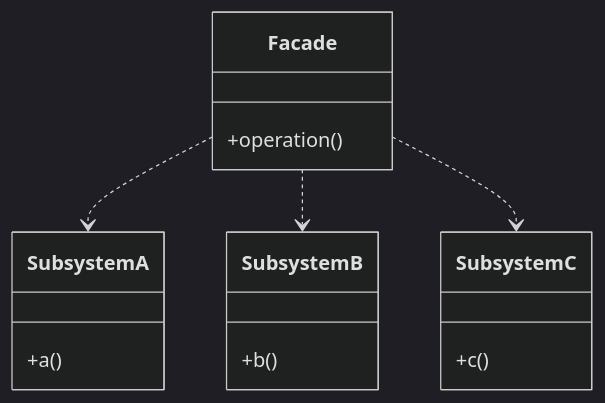
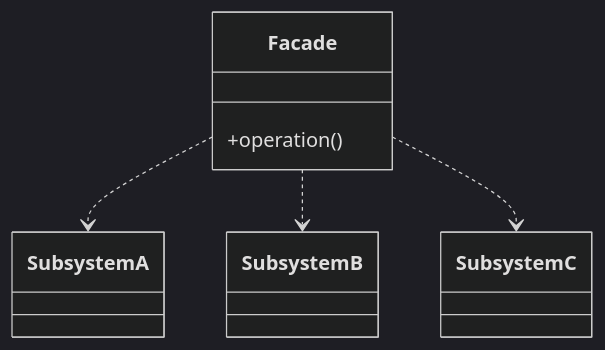
The tenth of 23 diagrams in README.md (apdaza/gof-patterns-in-pygame), drawn with Mermaid (dark theme) before and after one commit. The commit also changed other lines of this file, not shown here.

````diff
--- a/README.md
+++ b/README.md
@@ -227,14 +427,10 @@
 ```mermaid
 classDiagram
-    direction TD
-    class Facade {
-      +operation()
-    }
-    class SubsystemA {+a()}
-    class SubsystemB {+b()}
-    class SubsystemC {+c()}
-
-    Facade ..> SubsystemA
-    Facade ..> SubsystemB
-    Facade ..> SubsystemC
+class Facade{+operation()}
+class SubsystemA
+class SubsystemB
+class SubsystemC
+Facade ..> SubsystemA
+Facade ..> SubsystemB
+Facade ..> SubsystemC
 ```
````
